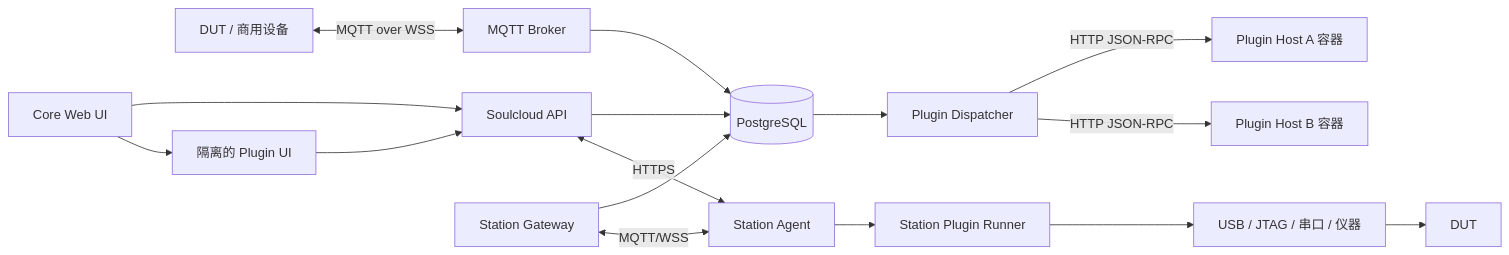
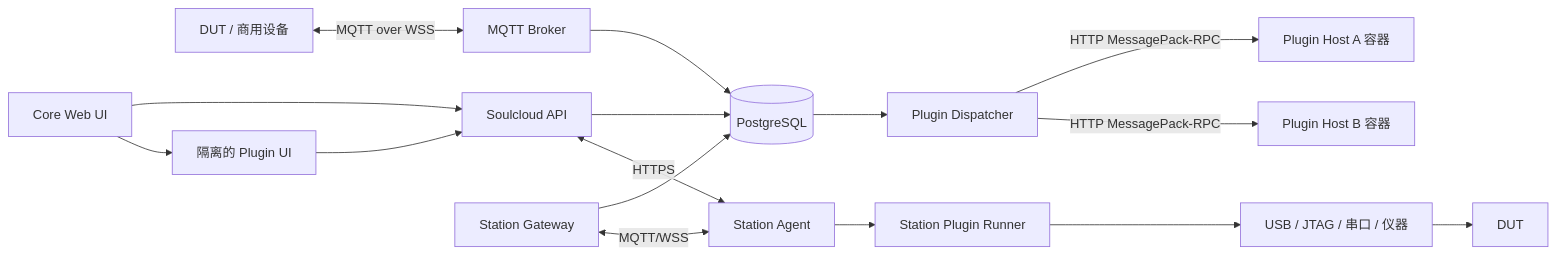
The diagram in docs/zh/plugin-and-station-architecture.md (huming2207/soulcloud.js), drawn with Mermaid before and after one commit. The commit also changed other lines of this file and 17 other files, not shown here.

Commit message:
feat: switch plugin RPC to MessagePack

````diff
--- a/docs/zh/plugin-and-station-architecture.md
+++ b/docs/zh/plugin-and-station-architecture.md
@@ -29,22 +29,22 @@
 ```mermaid
 flowchart LR
     Web[Core Web UI] --> API[Soulcloud API]
     Device[DUT / 商用设备] <-->|MQTT over WSS| Broker[MQTT Broker]
 
     API --> DB[(PostgreSQL)]
     Broker --> DB
     StationGateway[Station Gateway] --> DB
 
     DB --> Dispatcher[Plugin Dispatcher]
-    Dispatcher -->|HTTP JSON-RPC| HostA[Plugin Host A 容器]
-    Dispatcher -->|HTTP JSON-RPC| HostB[Plugin Host B 容器]
+    Dispatcher -->|HTTP MessagePack-RPC| HostA[Plugin Host A 容器]
+    Dispatcher -->|HTTP MessagePack-RPC| HostB[Plugin Host B 容器]
 
     Web --> PluginUI[隔离的 Plugin UI]
     PluginUI --> API
 
     API <-->|HTTPS| Agent[Station Agent]
     StationGateway <-->|MQTT/WSS| Agent
     Agent --> Runner[Station Plugin Runner]
     Runner --> Hardware[USB / JTAG / 串口 / 仪器]
     Hardware --> Target[DUT]
 ```
````
